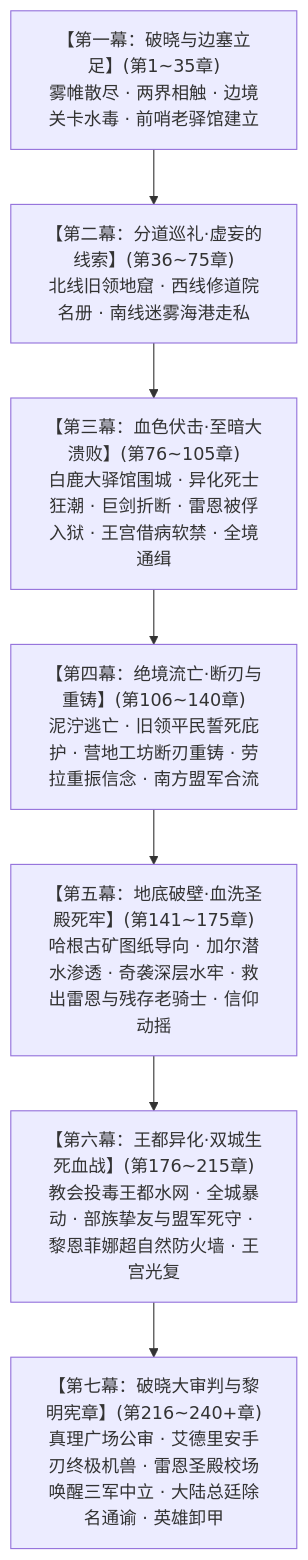
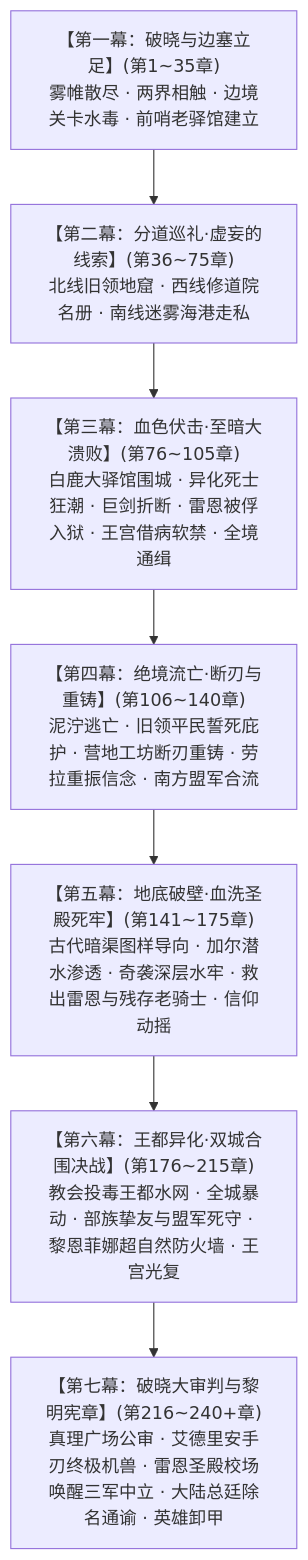
Before and after one commit to soranokiseki1437/eldoria-worldbook: the first of 2 diagrams in 方案/第二部/主线与世界扩充方案/01_宏篇主线演进与阶段规划方案.md, drawn with Mermaid. The commit also changed other lines of this file and 1 other file, not shown here.

````diff
--- a/方案/第二部/主线与世界扩充方案/01_宏篇主线演进与阶段规划方案.md
+++ b/方案/第二部/主线与世界扩充方案/01_宏篇主线演进与阶段规划方案.md
@@ -12,12 +12,12 @@
 ```mermaid
 graph TD
     M1["【第一幕：破晓与边塞立足】(第1~35章)<br/>雾帷散尽 · 两界相触 · 边境关卡水毒 · 前哨老驿馆建立"]
     M2["【第二幕：分道巡礼·虚妄的线索】(第36~75章)<br/>北线旧领地窟 · 西线修道院名册 · 南线迷雾海港走私"]
     M3["【第三幕：血色伏击·至暗大溃败】(第76~105章)<br/>白鹿大驿馆围城 · 异化死士狂潮 · 巨剑折断 · 雷恩被俘入狱 · 王宫借病软禁 · 全境通缉"]
     M4["【第四幕：绝境流亡·断刃与重铸】(第106~140章)<br/>泥泞逃亡 · 旧领平民誓死庇护 · 营地工坊断刃重铸 · 劳拉重振信念 · 南方盟军合流"]
-    M5["【第五幕：地底破壁·血洗圣殿死牢】(第141~175章)<br/>哈根古矿图纸导向 · 加尔潜水渗透 · 奇袭深层水牢 · 救出雷恩与残存老骑士 · 信仰动摇"]
-    M6["【第六幕：王都异化·双城生死血战】(第176~215章)<br/>教会投毒王都水网 · 全城暴动 · 部族挚友与盟军死守 · 黎恩菲娜超自然防火墙 · 王宫光复"]
+    M5["【第五幕：地底破壁·血洗圣殿死牢】(第141~175章)<br/>古代暗渠图样导向 · 加尔潜水渗透 · 奇袭深层水牢 · 救出雷恩与残存老骑士 · 信仰动摇"]
+    M6["【第六幕：王都异化·双城合围决战】(第176~215章)<br/>教会投毒王都水网 · 全城暴动 · 部族挚友与盟军死守 · 黎恩菲娜超自然防火墙 · 王宫光复"]
     M7["【第七幕：破晓大审判与黎明宪章】(第216~240+章)<br/>真理广场公审 · 艾德里安手刃终极机兽 · 雷恩圣殿校场唤醒三军中立 · 大陆总廷除名通谕 · 英雄卸甲"]
 
     M1 --> M2 --> M3 --> M4 --> M5 --> M6 --> M7
 ```
````
